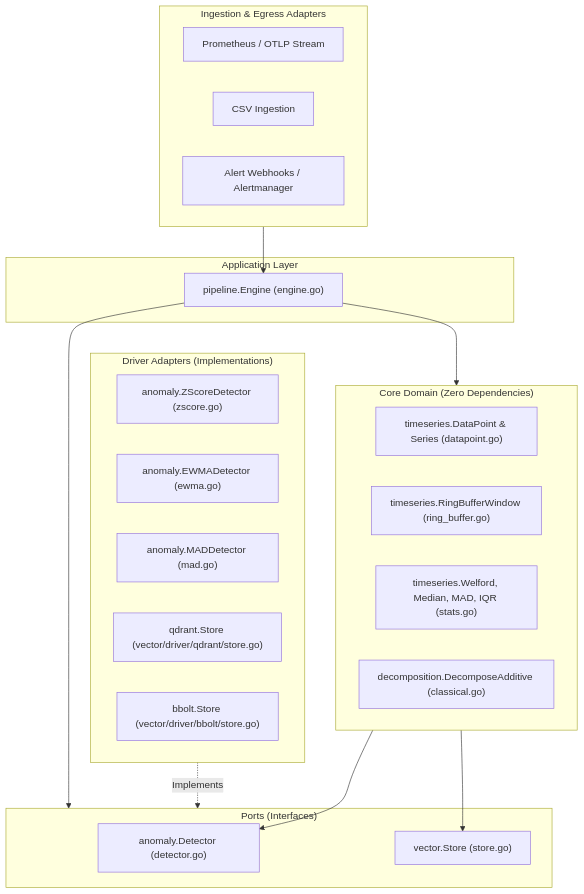
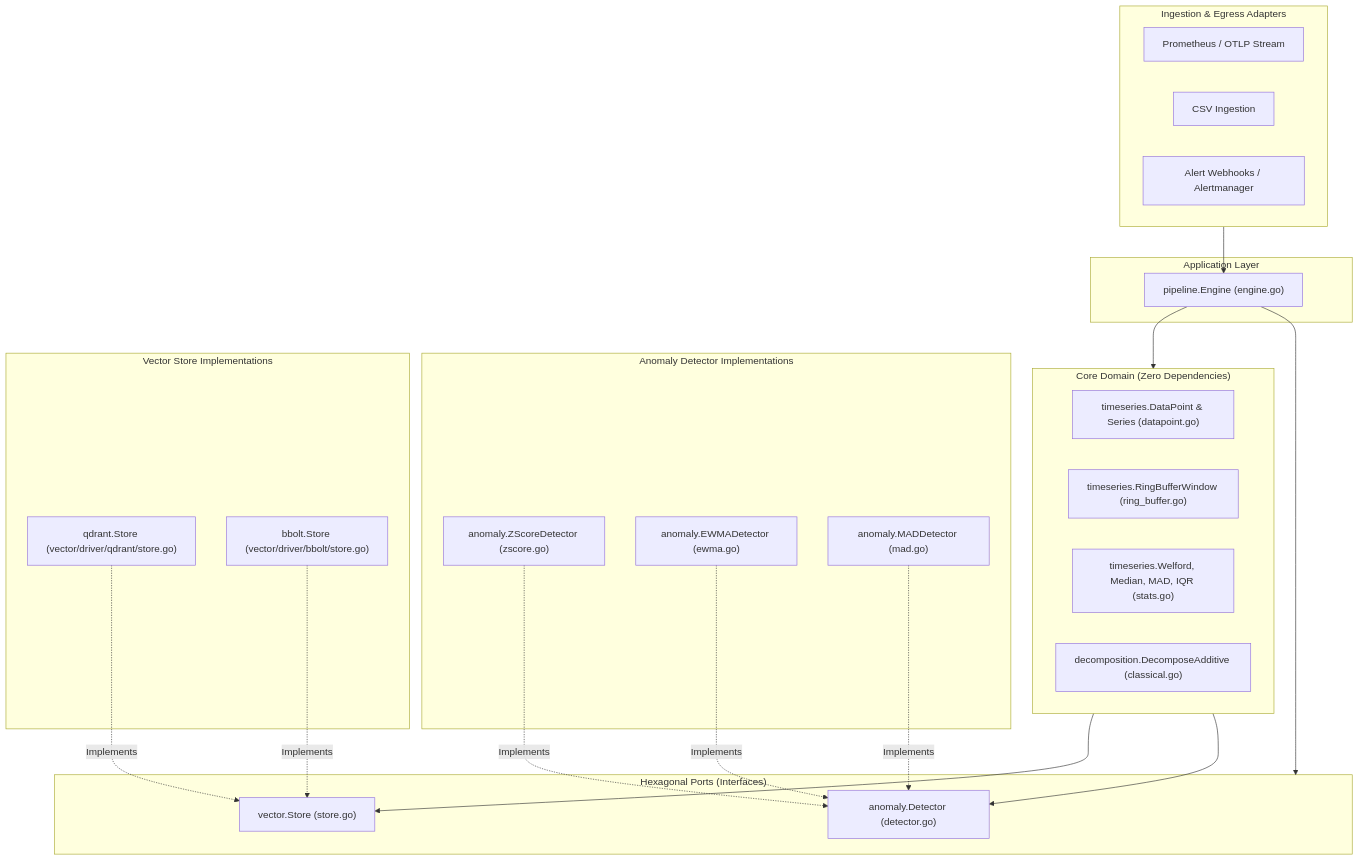
The diagram in README.md (eltony81/timescan), drawn with Mermaid before and after one commit. The commit also changed other lines of this file, not shown here.

Commit message:
docs: clarify detector and store adapters in mermaid architecture diagram

````diff
--- a/README.md
+++ b/README.md
@@ -161,39 +161,49 @@
 ```mermaid
 graph TD
     subgraph Ingestion_Egress ["Ingestion & Egress Adapters"]
         Prometheus["Prometheus / OTLP Stream"]
         CSV["CSV Ingestion"]
         Webhooks["Alert Webhooks / Alertmanager"]
     end
 
     subgraph App_Layer ["Application Layer"]
         Engine["pipeline.Engine (engine.go)"]
     end
 
-    subgraph Ports ["Ports (Interfaces)"]
+    subgraph Ports ["Hexagonal Ports (Interfaces)"]
         DetectorPort["anomaly.Detector (detector.go)"]
         StorePort["vector.Store (store.go)"]
     end
 
     subgraph Core_Domain ["Core Domain (Zero Dependencies)"]
         DataPoint["timeseries.DataPoint & Series (datapoint.go)"]
         RingBuffer["timeseries.RingBufferWindow (ring_buffer.go)"]
         Stats["timeseries.Welford, Median, MAD, IQR (stats.go)"]
         Decomp["decomposition.DecomposeAdditive (classical.go)"]
     end
 
-    subgraph Concrete_Adapters ["Driver Adapters (Implementations)"]
+    subgraph Detector_Adapters ["Anomaly Detector Implementations"]
         ZScore["anomaly.ZScoreDetector (zscore.go)"]
         EWMA["anomaly.EWMADetector (ewma.go)"]
         MAD["anomaly.MADDetector (mad.go)"]
+    end
+
+    subgraph Store_Adapters ["Vector Store Implementations"]
         Qdrant["qdrant.Store (vector/driver/qdrant/store.go)"]
         Bbolt["bbolt.Store (vector/driver/bbolt/store.go)"]
     end
 
     Ingestion_Egress --> Engine
     Engine --> Ports
     Engine --> Core_Domain
-    Concrete_Adapters -. Implements .-> Ports
+
+    ZScore -. Implements .-> DetectorPort
+    EWMA -. Implements .-> DetectorPort
+    MAD -. Implements .-> DetectorPort
+
+    Qdrant -. Implements .-> StorePort
+    Bbolt -. Implements .-> StorePort
+
     Core_Domain --> DetectorPort
     Core_Domain --> StorePort
 ```
````
